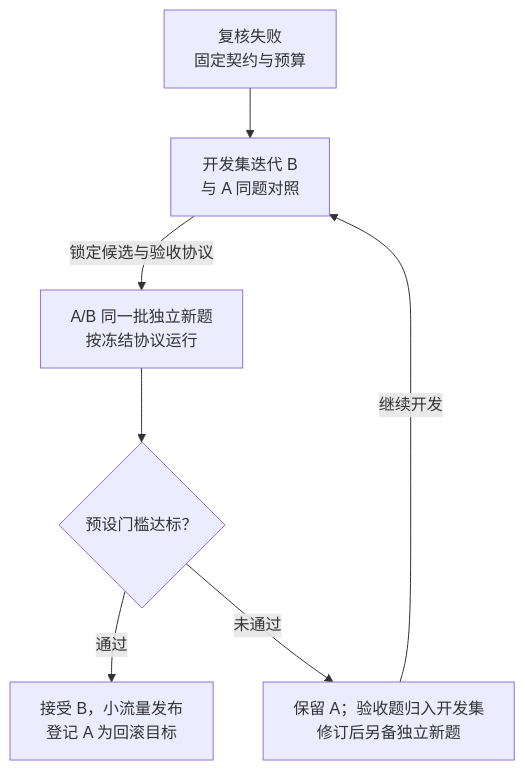
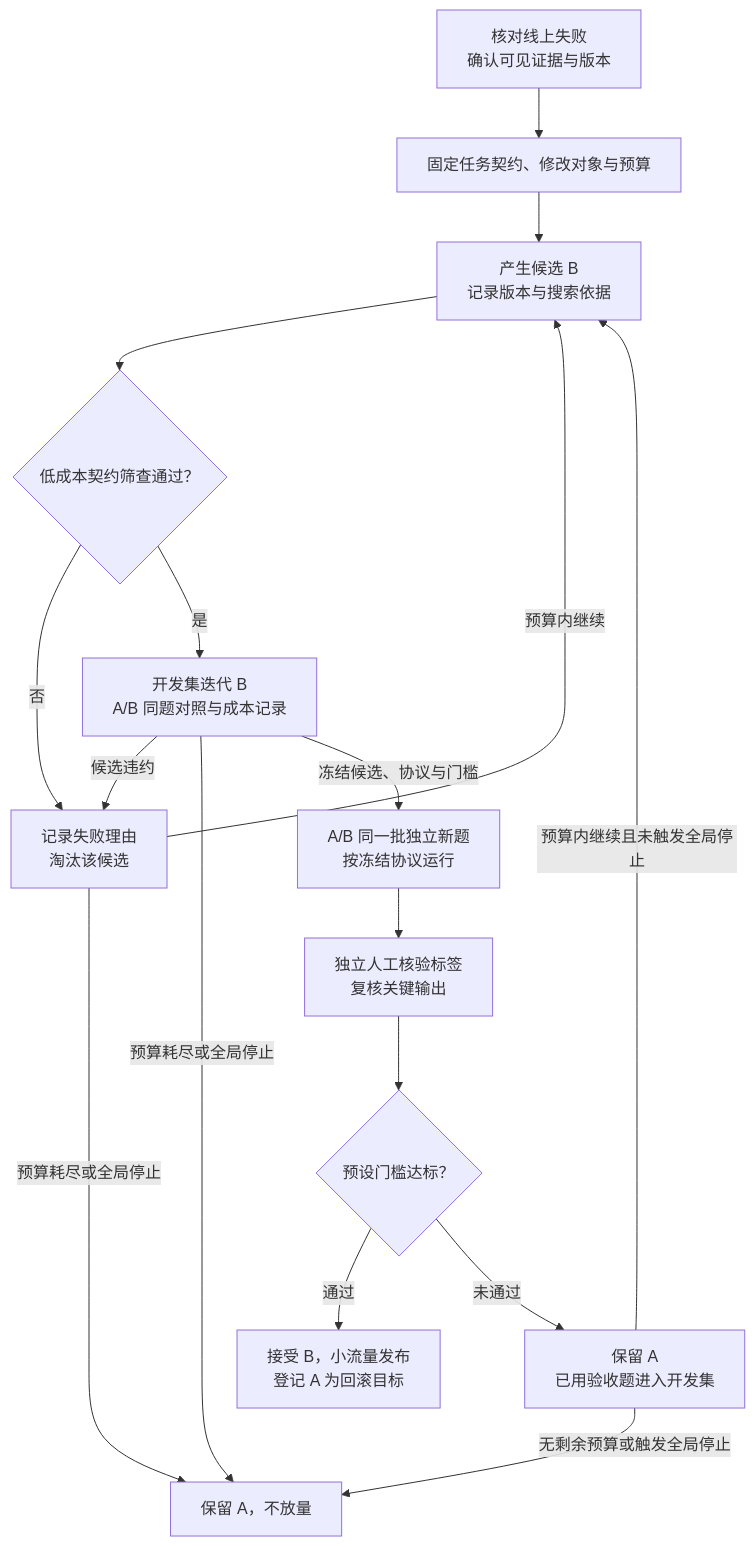
The diagram in ai-engineering/agents/agent-improvement-and-version-acceptance.md (Negronii/MyNotes), drawn with Mermaid before and after one commit. The commit also changed other lines of this file and 29 other files, not shown here.

```diff
--- a/ai-engineering/agents/agent-improvement-and-version-acceptance.md
+++ b/ai-engineering/agents/agent-improvement-and-version-acceptance.md
@@ -22,10 +22,20 @@
 ~~~mermaid
 %%{init: {"flowchart": {"wrappingWidth": 280}}}%%
 flowchart TD
-    Signal[复核失败<br/>固定契约与预算] --> Develop[开发集迭代 B<br/>与 A 同题对照]
-    Develop -->|锁定候选与验收协议| Holdout[A/B 同一批独立新题<br/>按冻结协议运行]
-    Holdout --> Gate{预设门槛达标？}
+    Signal[核对线上失败<br/>确认可见证据与版本] --> Scope[固定任务契约、修改对象与预算]
+    Scope --> Propose[产生候选 B<br/>记录版本与搜索依据]
+    Propose --> Screen{低成本契约筛查通过？}
+    Screen -->|否| Drop[记录失败理由<br/>淘汰该候选]
+    Drop -->|预算内继续| Propose
+    Drop -->|预算耗尽或全局停止| Keep[保留 A，不放量]
+    Screen -->|是| Develop[开发集迭代 B<br/>A/B 同题对照与成本记录]
+    Develop -->|候选违约| Drop
+    Develop -->|预算耗尽或全局停止| Keep
+    Develop -->|冻结候选、协议与门槛| Holdout[A/B 同一批独立新题<br/>按冻结协议运行]
+    Holdout --> Review[独立人工核验标签<br/>复核关键输出]
+    Review --> Gate{预设门槛达标？}
     Gate -->|通过| Retain[接受 B，小流量发布<br/>登记 A 为回滚目标]
-    Gate -->|未通过| Reject[保留 A；验收题归入开发集<br/>修订后另备独立新题]
-    Reject -->|继续开发| Develop
+    Gate -->|未通过| Reject[保留 A<br/>已用验收题进入开发集]
+    Reject -->|预算内继续且未触发全局停止| Propose
+    Reject -->|无剩余预算或触发全局停止| Keep
 ~~~
```
